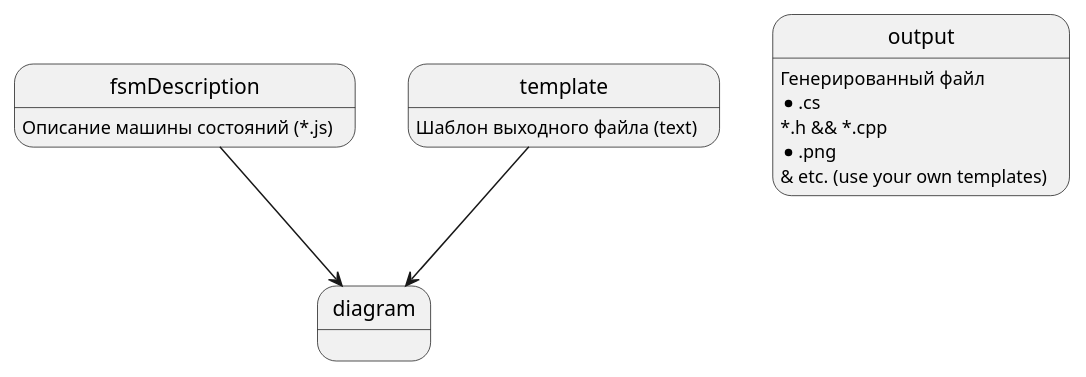
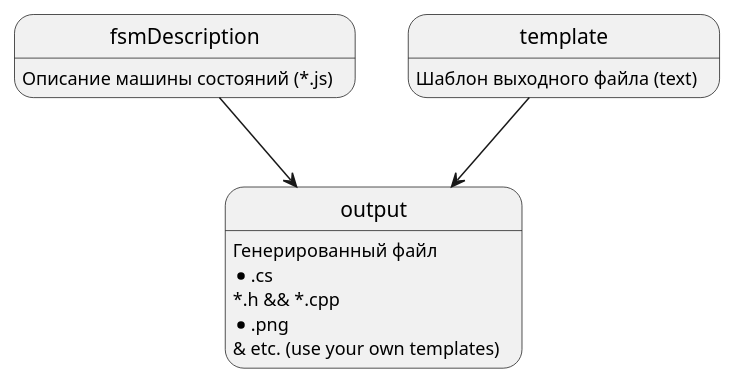
One commit to 1024sparrow/FSM changed the diagram in .README/1.plantuml. Above: the diagram before and after it, drawn with PlantUML. The commit also changed 1 other file, not shown here.

```diff
--- a/.README/1.plantuml
+++ b/.README/1.plantuml
@@ -1,13 +1,13 @@
 @startuml
 
 fsmDescription: Описание машины состояний (*.js)
 template: Шаблон выходного файла (text)
 output: Генерированный файл
 output: *.cs
 output: *.h && *.cpp
 output: *.png
 output: & etc. (use your own templates)
-fsmDescription --> diagram
-template --> diagram
+fsmDescription --> output
+template --> output
 
 @enduml
```
